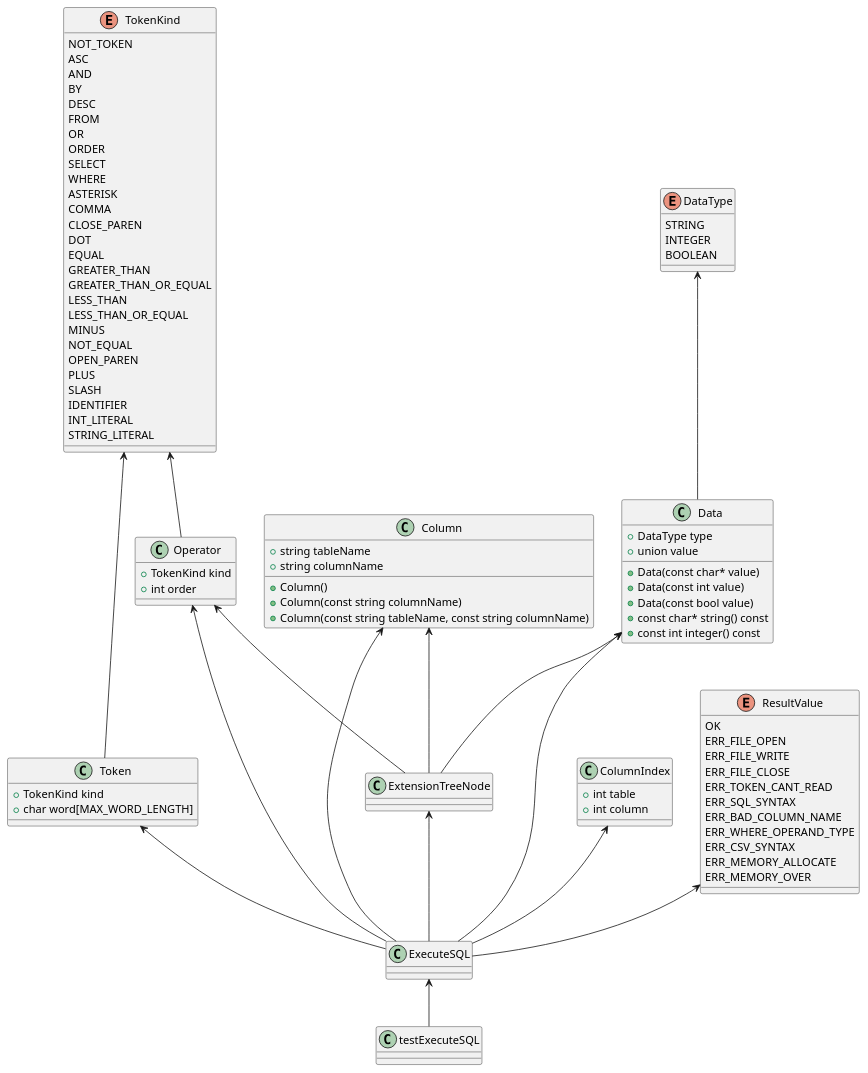
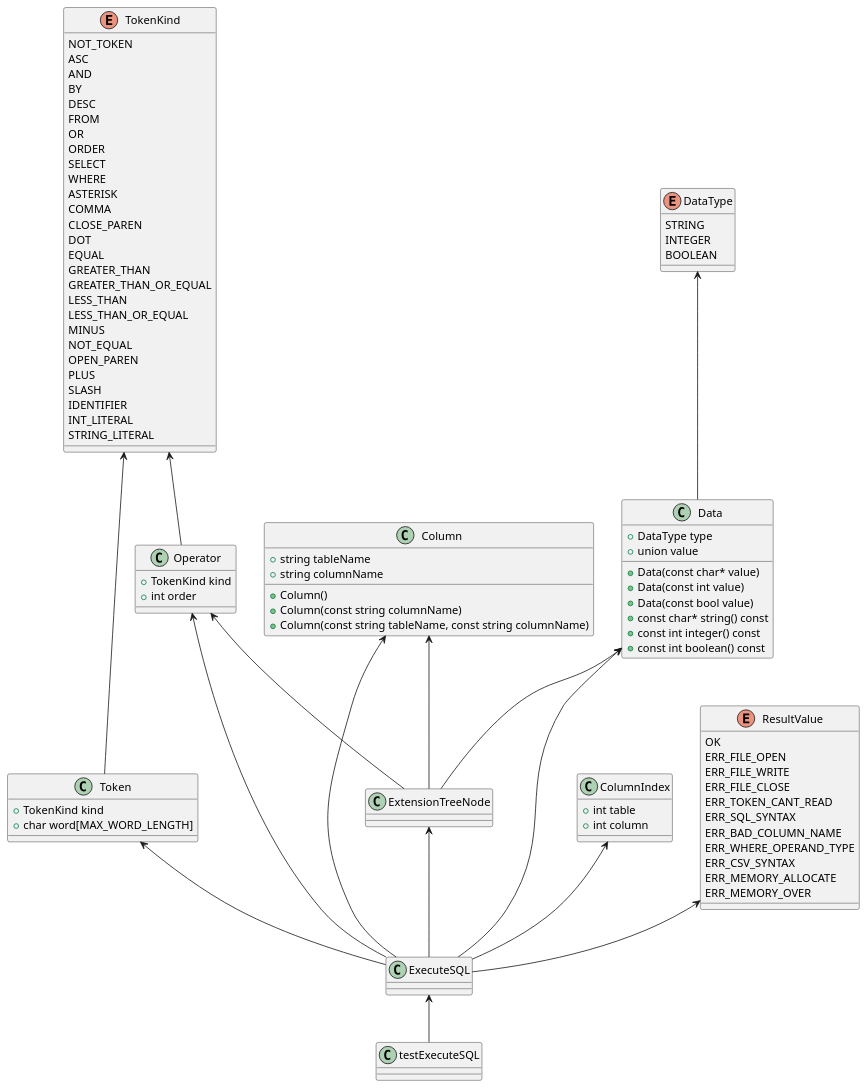
Before and after one commit to yotten/TinySQL: the diagram in ExecuteSQL.pu, drawn with PlantUML. The commit also changed 3 other files, not shown here.

```diff
--- a/ExecuteSQL.pu
+++ b/ExecuteSQL.pu
@@ -1,96 +1,97 @@
 @startuml
 
 class testExecuteSQL {}
 class ExecuteSQL {}
 class Data {
     +DataType type
 	+union value
 	+Data(const char* value)
 	+Data(const int value)
 	+Data(const bool value)
 	+const char* string() const
 	+const int integer() const
+	+const int boolean() const
 }
 class Operator{
     +TokenKind kind
     +int order
 }
 class Token{
     +TokenKind kind
     +char word[MAX_WORD_LENGTH]
 }
 class ExtensionTreeNode{}
 class ColumnIndex{
     +int table
     +int column
 }
 class Column{
     +string tableName
     +string columnName
     +Column()
     +Column(const string columnName)
     +Column(const string tableName, const string columnName)
 }
 enum DataType{
    	STRING
 	INTEGER
 	BOOLEAN
 }
 enum TokenKind{
     NOT_TOKEN
 	ASC
 	AND
 	BY
 	DESC
 	FROM
 	OR
 	ORDER
 	SELECT
 	WHERE
 	ASTERISK
 	COMMA
 	CLOSE_PAREN
 	DOT
 	EQUAL
 	GREATER_THAN
 	GREATER_THAN_OR_EQUAL
 	LESS_THAN
 	LESS_THAN_OR_EQUAL
 	MINUS
 	NOT_EQUAL
 	OPEN_PAREN
 	PLUS
 	SLASH
 	IDENTIFIER
 	INT_LITERAL
 	STRING_LITERAL
 }
 enum ResultValue{
     OK
 	ERR_FILE_OPEN
 	ERR_FILE_WRITE
 	ERR_FILE_CLOSE
 	ERR_TOKEN_CANT_READ
 	ERR_SQL_SYNTAX
 	ERR_BAD_COLUMN_NAME
 	ERR_WHERE_OPERAND_TYPE
 	ERR_CSV_SYNTAX
 	ERR_MEMORY_ALLOCATE
 	ERR_MEMORY_OVER
 }
 
 ExecuteSQL <-- testExecuteSQL
 Data <-- ExecuteSQL
 Operator <-- ExecuteSQL
 Token <-- ExecuteSQL
 ExtensionTreeNode <-- ExecuteSQL
 ColumnIndex <-- ExecuteSQL
 Column <-- ExecuteSQL
 ResultValue <-- ExecuteSQL
 DataType <-- Data
 TokenKind <-- Token
 TokenKind <-- Operator
 Operator <-- ExtensionTreeNode
 Column <-- ExtensionTreeNode
 Data <-- ExtensionTreeNode
 @enduml
```
